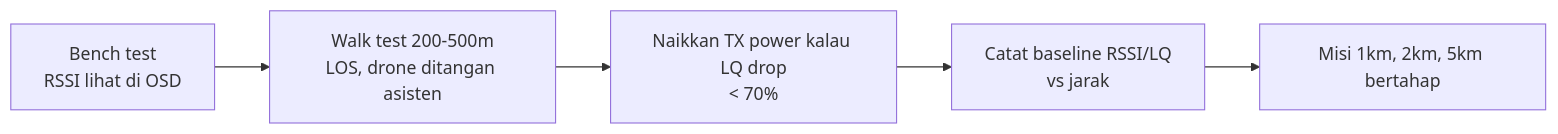
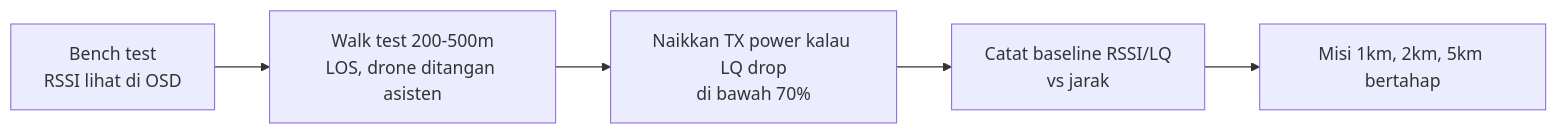
The eighth of 8 diagrams in learning/03-radio-link.md (edhotp/Belajar-FPV-Long-Range), drawn with Mermaid before and after one commit. The commit also changed other lines of this file and 4 other files, not shown here.

First line of the commit message:
fix(docs): perbaiki parse error pada chart Mermaid

````diff
--- a/learning/03-radio-link.md
+++ b/learning/03-radio-link.md
@@ -248,7 +248,7 @@
 ```mermaid
 flowchart LR
-    A[Bench test<br/>RSSI lihat di OSD] --> B[Walk test 200-500m<br/>LOS, drone ditangan asisten]
-    B --> C[Naikkan TX power kalau LQ drop<br/>< 70%]
-    C --> D[Catat baseline RSSI/LQ<br/>vs jarak]
-    D --> E[Misi 1km, 2km, 5km bertahap]
+    A["Bench test<br/>RSSI lihat di OSD"] --> B["Walk test 200-500m<br/>LOS, drone ditangan asisten"]
+    B --> C["Naikkan TX power kalau LQ drop<br/>di bawah 70%"]
+    C --> D["Catat baseline RSSI/LQ<br/>vs jarak"]
+    D --> E["Misi 1km, 2km, 5km bertahap"]
 ```
````
